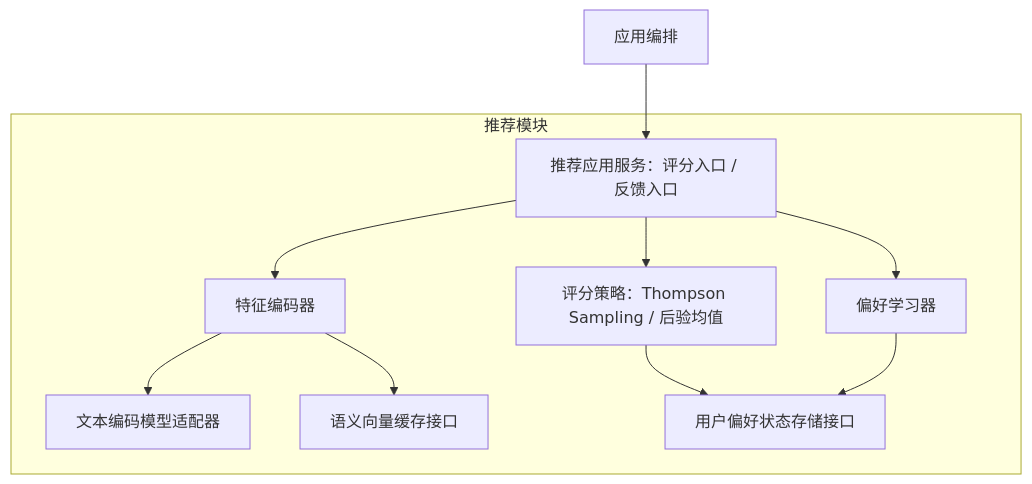
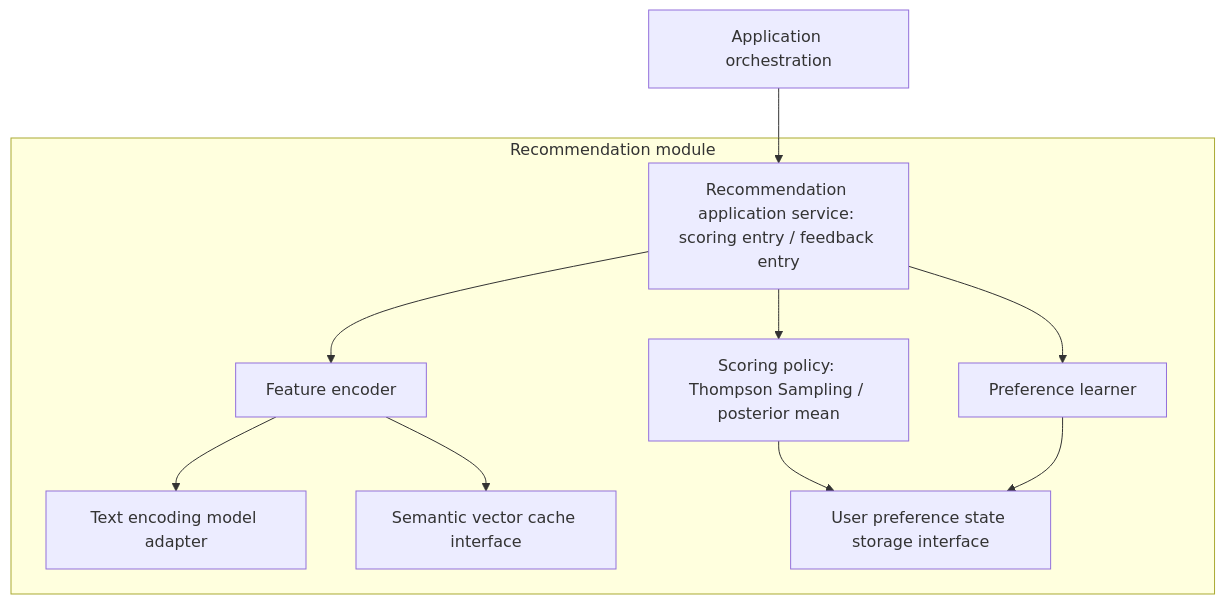
Before and after one commit to Lykr/pictide: the first of 2 diagrams in docs/dev/architecture/recommendation.md, drawn with Mermaid. The commit also changed other lines of this file and 13 other files, not shown here.

Commit message:
docs: translate current architecture documentation into English

````diff
--- a/docs/dev/architecture/recommendation.md
+++ b/docs/dev/architecture/recommendation.md
@@ -13,21 +15,21 @@
 ```mermaid
 flowchart TD
-    App["应用编排"]
-    subgraph Rec["推荐模块"]
-        Service["推荐应用服务：评分入口 / 反馈入口"]
-        Features["特征编码器"]
-        Scorer["评分策略：Thompson Sampling / 后验均值"]
-        Learner["偏好学习器"]
-        Model["文本编码模型适配器"]
-        Cache["语义向量缓存接口"]
-        State["用户偏好状态存储接口"]
+    App["Application orchestration"]
+    subgraph Rec["Recommendation module"]
+        Service["Recommendation application service: scoring entry / feedback entry"]
+        Features["Feature encoder"]
+        Scorer["Scoring policy: Thompson Sampling / posterior mean"]
+        Learner["Preference learner"]
+        Model["Text encoding model adapter"]
+        Cache["Semantic vector cache interface"]
+        State["User preference state storage interface"]
         Service --> Features
         Service --> Scorer
         Service --> Learner
         Features --> Model
         Features --> Cache
         Scorer --> State
         Learner --> State
     end
     App --> Service
 ```
````
